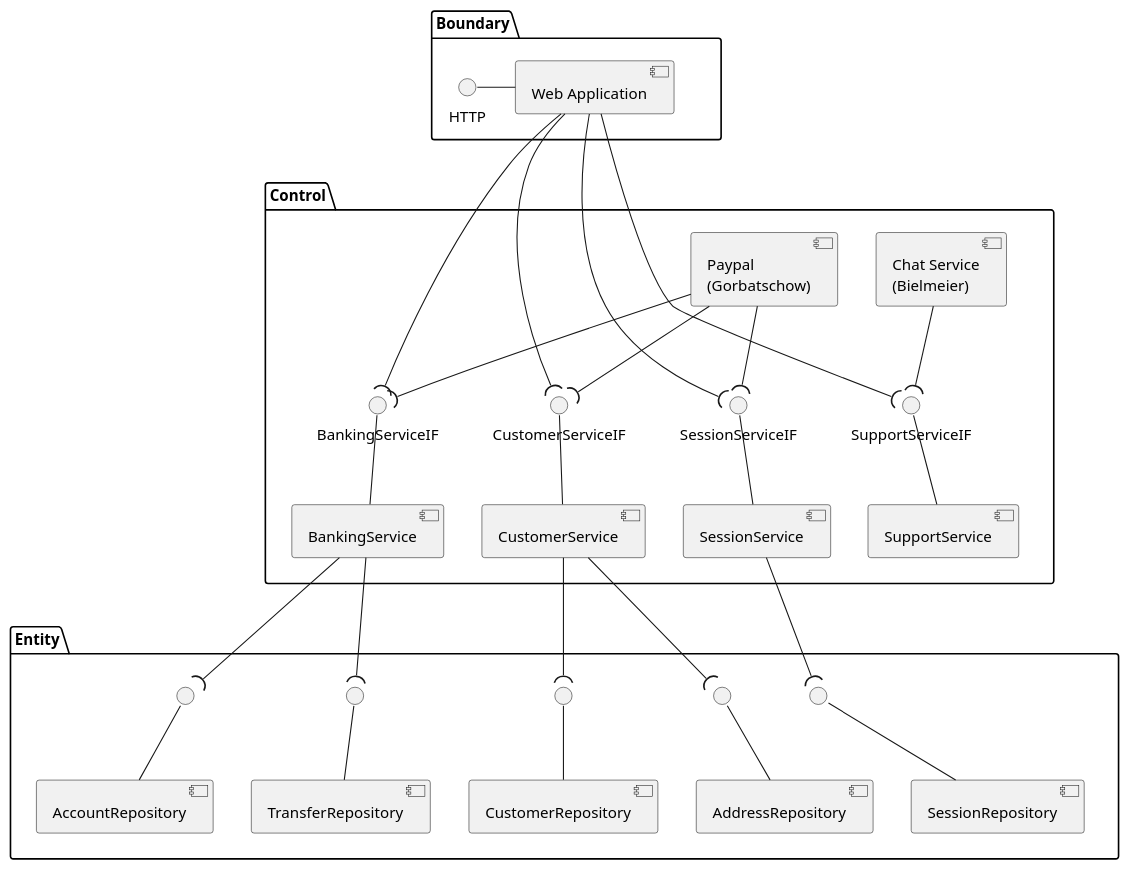
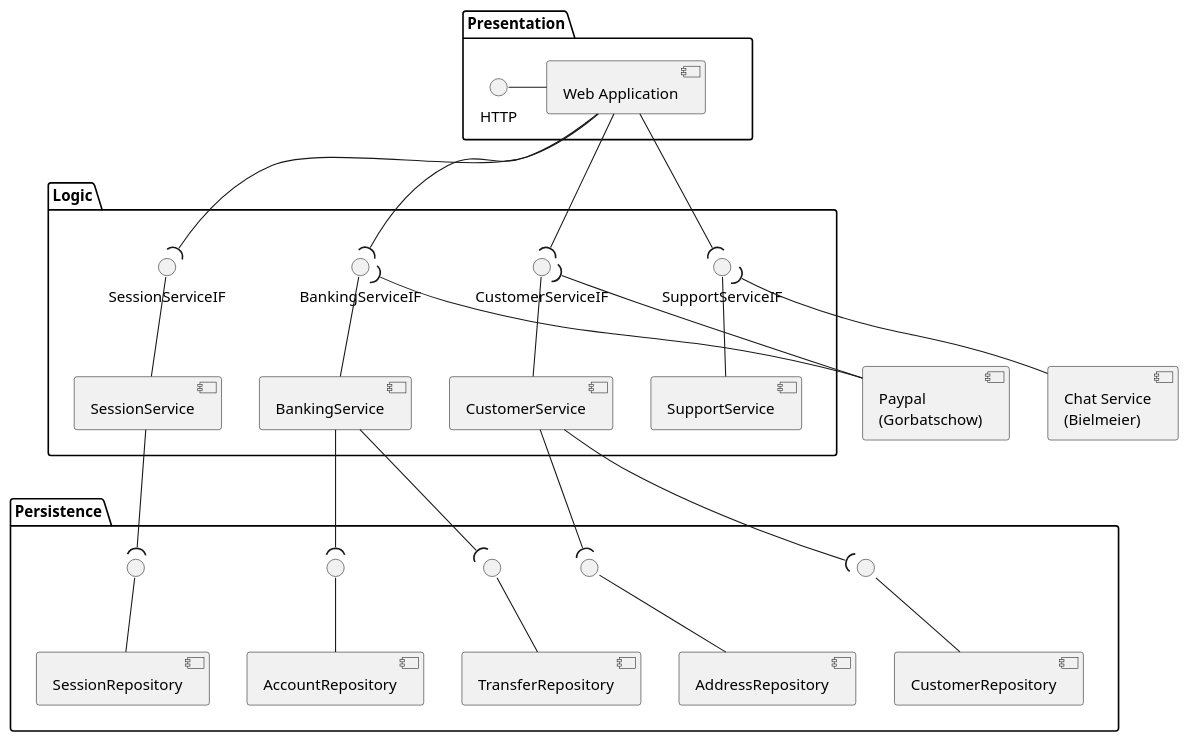
One commit to SteffBauer/sw_project changed the diagram in documentation/diagrams/DiagramComponent_BankingService.puml. Above: the diagram before and after it, drawn with PlantUML. The commit also changed 3 other files, not shown here.

Commit message:
updated diagrams

```diff
--- a/documentation/diagrams/DiagramComponent_BankingService.puml
+++ b/documentation/diagrams/DiagramComponent_BankingService.puml
@@ -1,66 +1,69 @@
 @startuml
-
 
 skinparam monochrome true
 
-package "Boundary" as presentation {
+[Paypal\n(Gorbatschow)] as paypal
+[Chat Service\n(Bielmeier)] as chat
+
+package "Presentation" as presentation {
   HTTP - [Web Application]
 }
 
-package "Control" as logic {
-  [Paypal\n(Gorbatschow)] as paypal
-  [Chat Service\n(Bielmeier)] as chat
+
+package "Logic" as logic {
 
   [SessionService] -up-() SessionServiceIF
   SessionServiceIF )-up- [Web Application]
-  SessionServiceIF )-up- paypal
 
   [CustomerService] -up-() CustomerServiceIF
   CustomerServiceIF )-up- [Web Application]
-  CustomerServiceIF )-up- paypal
+  CustomerServiceIF )-- paypal
 
   [BankingService] -up-() BankingServiceIF
-  BankingServiceIF )-up- [Web Application]
-  BankingServiceIF )-up- paypal
+  BankingServiceIF )-- [Web Application]
+  BankingServiceIF )-- paypal
 
   [SupportService] -up-() SupportServiceIF
   SupportServiceIF )-up- [Web Application]
-  SupportServiceIF )-up- chat
+  SupportServiceIF )-- chat
 
-  chat -[hidden]-> [SupportService]
+  'chat -[hidden]-> [SupportService]
 
 
 
 }
 
-package "Entity" as entity {
+package "Persistence" as persistence {
   interface " " as IF1
   interface " " as IF2
   interface " " as IF3
   interface " " as IF4
   interface " " as IF5
 
   [SessionRepository] -up-() IF1
   IF1 )-up- [SessionService]
 
   [AccountRepository] -up-() IF2
   IF2 )-up- [BankingService]
 
   [TransferRepository] -up-() IF3
   IF3 )-up- [BankingService]
 
   [CustomerRepository] -up-() IF4
   IF4 )-up- [CustomerService]
 
   [AddressRepository] -up-() IF5
   IF5 )-up- [CustomerService]
 }
 
 presentation -[hidden]-> logic
-presentation -[hidden]-> entity
-logic -[hidden]-> entity
+presentation -[hidden]-> persistence
+logic -[hidden]-> persistence
+
+logic -[hidden]> chat
+paypal -[hidden]> logic
 
 
 
 
 @enduml
```
